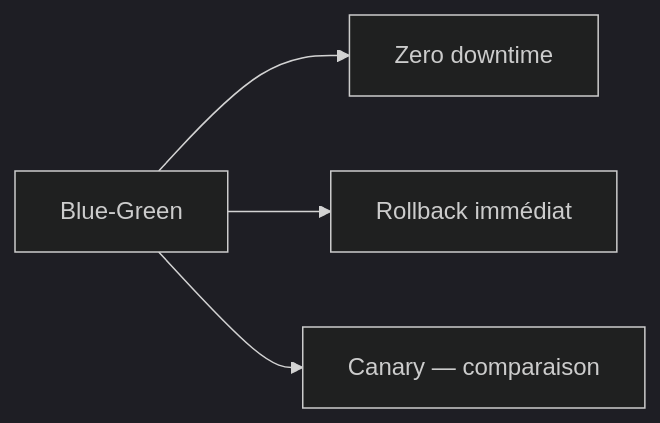
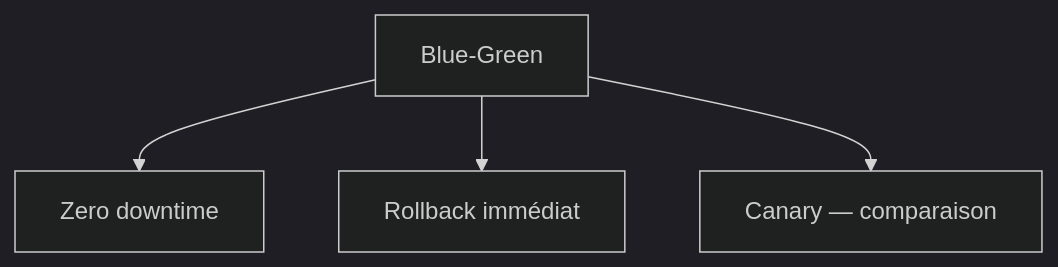
Before and after one commit to zyrass/omnydocs: the fourth of 30 diagrams in docs/glossaire/devsecops.md, drawn with Mermaid (dark theme). The commit also changed other lines of this file and 1780 other files, not shown here.

````diff
--- a/docs/glossaire/devsecops.md
+++ b/docs/glossaire/devsecops.md
@@ -87,6 +105,6 @@
-    ```mermaid
-    graph LR
-        A[Blue-Green] --> B[Zero downtime]
-        A --> C[Rollback immédiat]
-        A --> D[Canary — comparaison]
-    ```
+```mermaid
+graph TB
+    A[Blue-Green] --> B[Zero downtime]
+    A --> C[Rollback immédiat]
+    A --> D[Canary — comparaison]
+```
````
